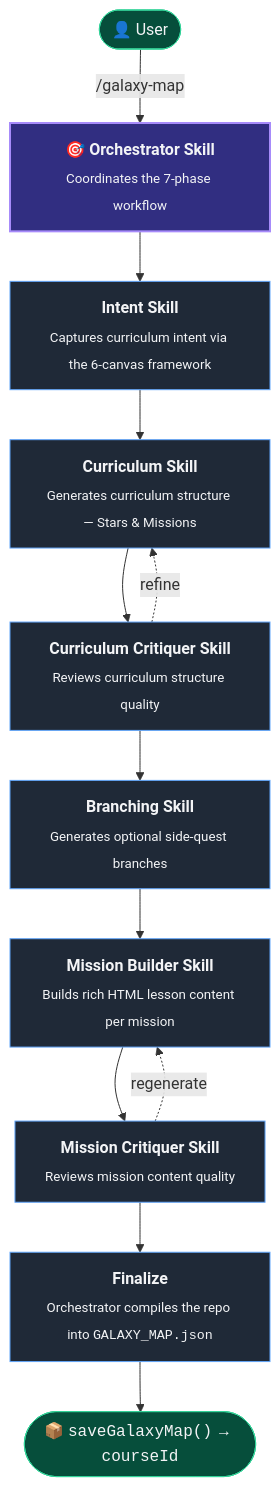
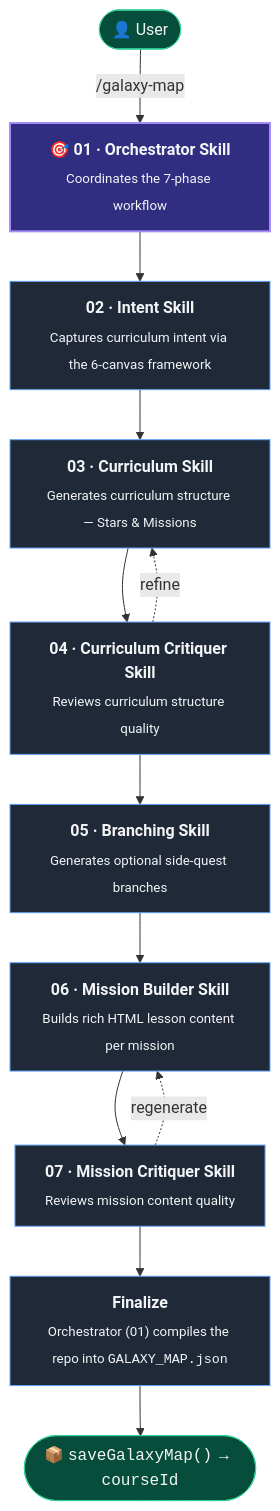
The first of 2 diagrams in README.md (Galaxy-Maps/gm-agent-galaxy-map-creator-skill-install), drawn with Mermaid before and after one commit.

Commit message:
docs: number phase diagram nodes to match skill agent numbers
01 Orchestrator, 02 Intent, 03 Curriculum, 04 Curriculum Critiquer,
05 Branching, 06 Mission Builder, 07 Mission Critiquer. Finalize node
notes that the Orchestrator (01) handles the final compile.

````diff
--- a/README.md
+++ b/README.md
@@ -20,27 +20,27 @@
 ```mermaid
 flowchart TB
     user(["👤 User"]) -->|"/galaxy-map"| orch
 
-    orch["🎯 <b>Orchestrator Skill</b><br/><sub>Coordinates the 7-phase workflow</sub>"]
+    orch["🎯 <b>01 · Orchestrator Skill</b><br/><sub>Coordinates the 7-phase workflow</sub>"]
 
-    p1["<b>Intent Skill</b><br/><sub>Captures curriculum intent via the 6-canvas framework</sub>"]
-    p2["<b>Curriculum Skill</b><br/><sub>Generates curriculum structure — Stars &amp; Missions</sub>"]
-    p3["<b>Curriculum Critiquer Skill</b><br/><sub>Reviews curriculum structure quality</sub>"]
-    p4["<b>Branching Skill</b><br/><sub>Generates optional side-quest branches</sub>"]
-    p5["<b>Mission Builder Skill</b><br/><sub>Builds rich HTML lesson content per mission</sub>"]
-    p6["<b>Mission Critiquer Skill</b><br/><sub>Reviews mission content quality</sub>"]
-    p7["<b>Finalize</b><br/><sub>Orchestrator compiles the repo into <code>GALAXY_MAP.json</code></sub>"]
+    p1["<b>02 · Intent Skill</b><br/><sub>Captures curriculum intent via the 6-canvas framework</sub>"]
+    p2["<b>03 · Curriculum Skill</b><br/><sub>Generates curriculum structure — Stars &amp; Missions</sub>"]
+    p3["<b>04 · Curriculum Critiquer Skill</b><br/><sub>Reviews curriculum structure quality</sub>"]
+    p4["<b>05 · Branching Skill</b><br/><sub>Generates optional side-quest branches</sub>"]
+    p5["<b>06 · Mission Builder Skill</b><br/><sub>Builds rich HTML lesson content per mission</sub>"]
+    p6["<b>07 · Mission Critiquer Skill</b><br/><sub>Reviews mission content quality</sub>"]
+    p7["<b>Finalize</b><br/><sub>Orchestrator (01) compiles the repo into <code>GALAXY_MAP.json</code></sub>"]
 
     orch --> p1 --> p2 --> p3 --> p4 --> p5 --> p6 --> p7
     p3 -. "refine" .-> p2
     p6 -. "regenerate" .-> p5
 
     p7 --> save(["📦 <code>saveGalaxyMap()</code> → <code>courseId</code>"])
 
     classDef phase fill:#1f2937,stroke:#60a5fa,stroke-width:1px,color:#f3f4f6;
     classDef lead  fill:#312e81,stroke:#a78bfa,stroke-width:2px,color:#f3f4f6;
     classDef io    fill:#064e3b,stroke:#34d399,stroke-width:1px,color:#f3f4f6;
     class p1,p2,p3,p4,p5,p6,p7 phase;
     class orch lead;
     class user,save io;
 ```
````
